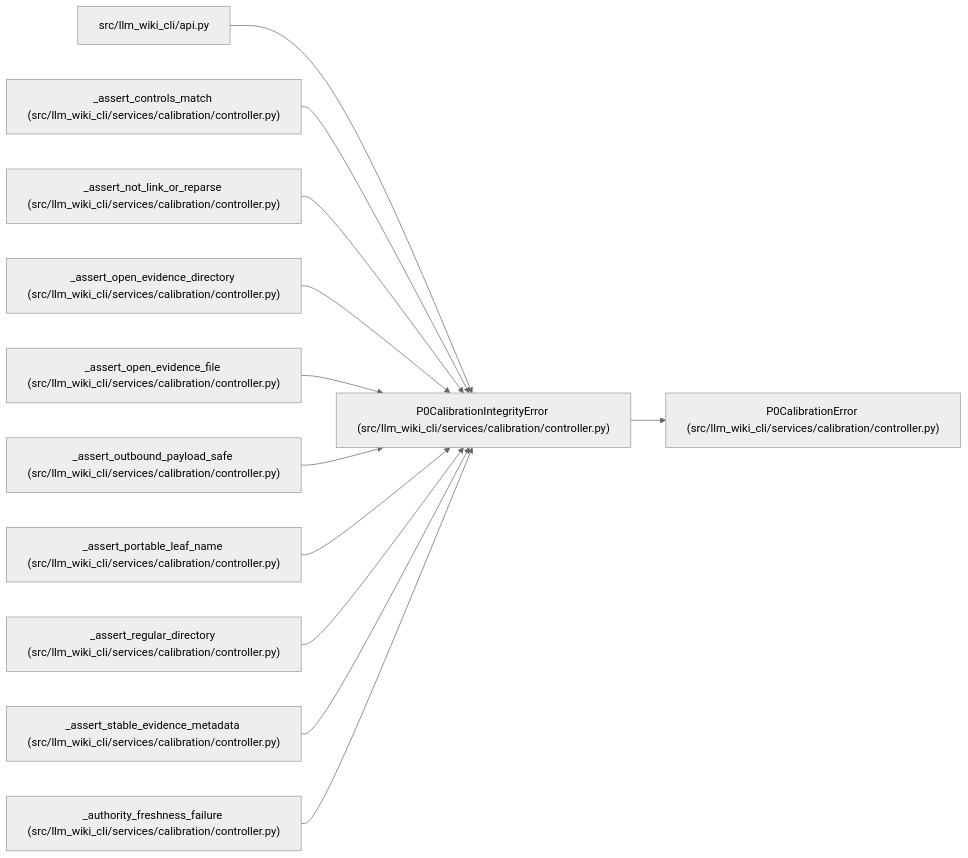
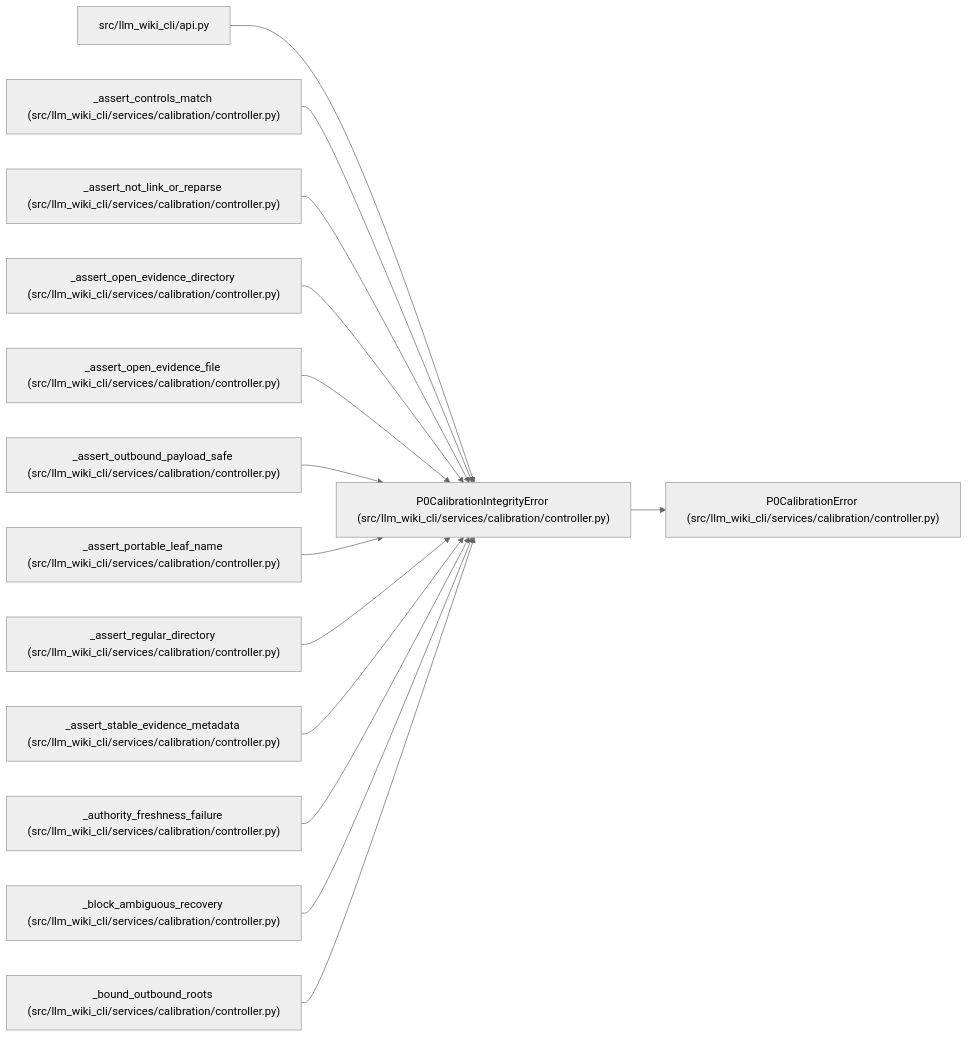
One commit to Denissvgn/python-wiki-llm changed the diagram in docs/llm_wiki/entities/P0CalibrationIntegrityError.md. Above: the diagram before and after it, drawn with Mermaid (neutral theme). The commit also changed other lines of this file and 493 other files, not shown here.

````diff
--- a/docs/llm_wiki/entities/P0CalibrationIntegrityError.md
+++ b/docs/llm_wiki/entities/P0CalibrationIntegrityError.md
@@ -23,38 +23,44 @@
 ```mermaid
 flowchart LR
     n0["P0CalibrationIntegrityError (src/llm_wiki_cli/services/calibration/controller.py)"]
     n1["P0CalibrationError (src/llm_wiki_cli/services/calibration/controller.py)"]
     n2["src/llm_wiki_cli/api.py"]
     n3["_assert_controls_match (src/llm_wiki_cli/services/calibration/controller.py)"]
     n4["_assert_not_link_or_reparse (src/llm_wiki_cli/services/calibration/controller.py)"]
     n5["_assert_open_evidence_directory (src/llm_wiki_cli/services/calibration/controller.py)"]
     n6["_assert_open_evidence_file (src/llm_wiki_cli/services/calibration/controller.py)"]
     n7["_assert_outbound_payload_safe (src/llm_wiki_cli/services/calibration/controller.py)"]
     n8["_assert_portable_leaf_name (src/llm_wiki_cli/services/calibration/controller.py)"]
     n9["_assert_regular_directory (src/llm_wiki_cli/services/calibration/controller.py)"]
     n10["_assert_stable_evidence_metadata (src/llm_wiki_cli/services/calibration/controller.py)"]
     n11["_authority_freshness_failure (src/llm_wiki_cli/services/calibration/controller.py)"]
+    n12["_block_ambiguous_recovery (src/llm_wiki_cli/services/calibration/controller.py)"]
+    n13["_bound_outbound_roots (src/llm_wiki_cli/services/calibration/controller.py)"]
     n0 --> n1
     n2 --> n0
     n3 --> n0
     n4 --> n0
     n5 --> n0
     n6 --> n0
     n7 --> n0
     n8 --> n0
     n9 --> n0
     n10 --> n0
     n11 --> n0
+    n12 --> n0
+    n13 --> n0
     click n0 "../modules/controller.md"
     click n1 "../modules/controller.md"
     click n2 "../modules/api.md"
     click n3 "../modules/controller.md"
     click n4 "../modules/controller.md"
     click n5 "../modules/controller.md"
     click n6 "../modules/controller.md"
     click n7 "../modules/controller.md"
     click n8 "../modules/controller.md"
     click n9 "../modules/controller.md"
     click n10 "../modules/controller.md"
     click n11 "../modules/controller.md"
+    click n12 "../modules/controller.md"
+    click n13 "../modules/controller.md"
 ```
````
